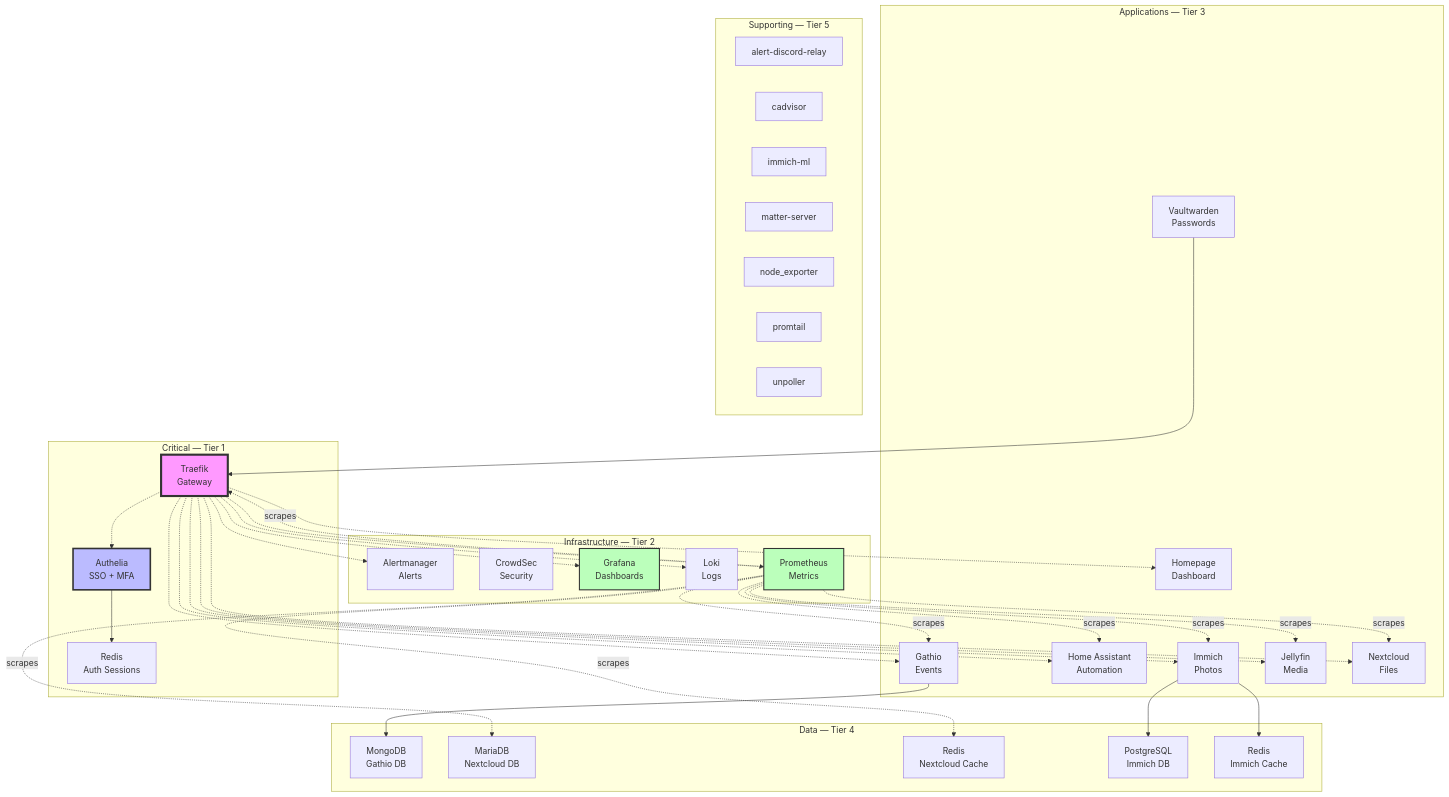
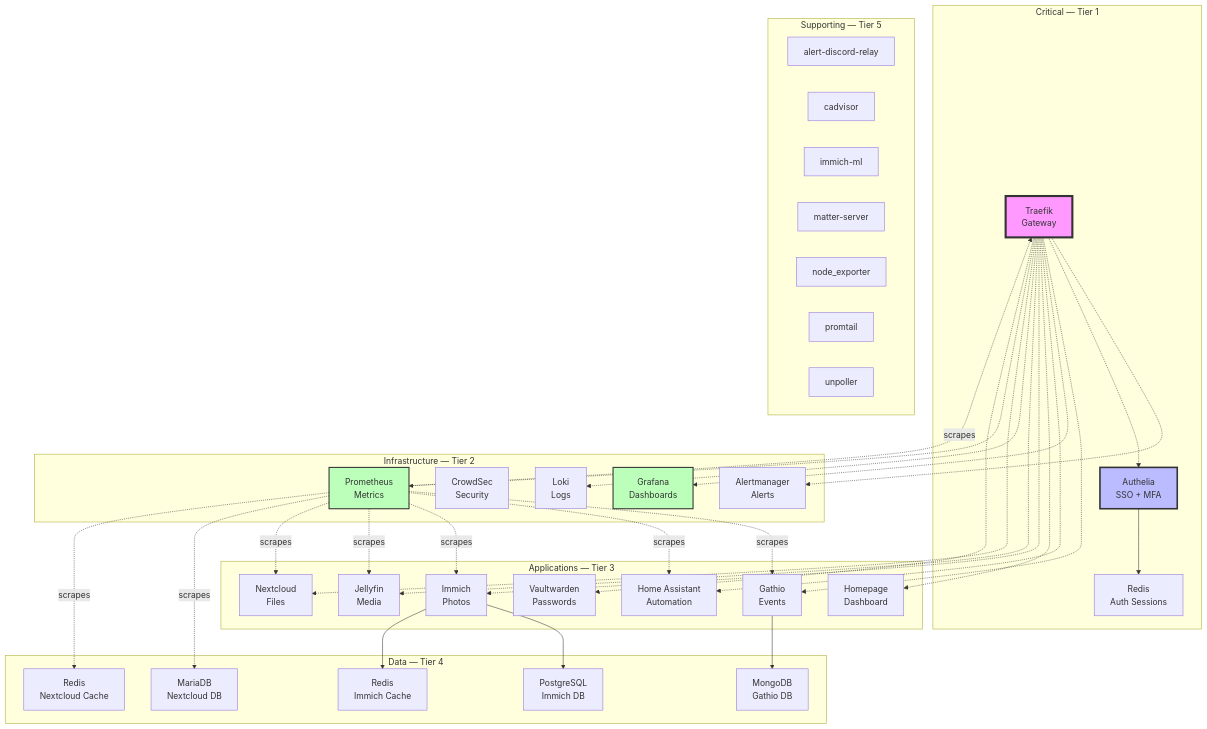
One commit to vonrobak/fedora-homelab-containers changed the diagram in docs/AUTO-DEPENDENCY-GRAPH.md. Above: the diagram before and after it, drawn with Mermaid. The commit also changed other lines of this file and 9 other files, not shown here.

````diff
--- a/docs/AUTO-DEPENDENCY-GRAPH.md
+++ b/docs/AUTO-DEPENDENCY-GRAPH.md
@@ -12,80 +12,80 @@
 ```mermaid
 graph TB
     subgraph Critical[Critical — Tier 1]
         authelia[Authelia<br/>SSO + MFA]
         redis_authelia[Redis<br/>Auth Sessions]
         traefik[Traefik<br/>Gateway]
     end
 
     subgraph Infrastructure[Infrastructure — Tier 2]
         alertmanager[Alertmanager<br/>Alerts]
         crowdsec[CrowdSec<br/>Security]
         grafana[Grafana<br/>Dashboards]
         loki[Loki<br/>Logs]
         prometheus[Prometheus<br/>Metrics]
     end
 
     subgraph Applications[Applications — Tier 3]
         gathio[Gathio<br/>Events]
         home_assistant[Home Assistant<br/>Automation]
         homepage[Homepage<br/>Dashboard]
         immich_server[Immich<br/>Photos]
         jellyfin[Jellyfin<br/>Media]
         nextcloud[Nextcloud<br/>Files]
         vaultwarden[Vaultwarden<br/>Passwords]
     end
 
     subgraph Data[Data — Tier 4]
         gathio_db[MongoDB<br/>Gathio DB]
         nextcloud_db[MariaDB<br/>Nextcloud DB]
         nextcloud_redis[Redis<br/>Nextcloud Cache]
         postgresql_immich[PostgreSQL<br/>Immich DB]
         redis_immich[Redis<br/>Immich Cache]
     end
 
     subgraph Supporting[Supporting — Tier 5]
         alert_discord_relay[alert-discord-relay]
         cadvisor[cadvisor]
         immich_ml[immich-ml]
         matter_server[matter-server]
         node_exporter[node_exporter]
         promtail[promtail]
         unpoller[unpoller]
     end
 
     %% Hard dependencies (from Requires= directives)
     authelia --> redis_authelia
     gathio --> gathio_db
     immich_server --> postgresql_immich
     immich_server --> redis_immich
-    vaultwarden --> traefik
 
     %% Routing dependencies (services in reverse_proxy depend on Traefik)
     traefik -.-> alertmanager
     traefik -.-> authelia
     traefik -.-> gathio
     traefik -.-> grafana
     traefik -.-> home_assistant
     traefik -.-> homepage
     traefik -.-> immich_server
     traefik -.-> jellyfin
     traefik -.-> loki
     traefik -.-> nextcloud
     traefik -.-> prometheus
+    traefik -.-> vaultwarden
 
     %% Monitoring (Prometheus scrapes via monitoring network)
     prometheus -.->|scrapes| gathio
     prometheus -.->|scrapes| home_assistant
     prometheus -.->|scrapes| immich_server
     prometheus -.->|scrapes| jellyfin
     prometheus -.->|scrapes| nextcloud
     prometheus -.->|scrapes| nextcloud_db
     prometheus -.->|scrapes| nextcloud_redis
     prometheus -.->|scrapes| traefik
 
     %% Styling
     style traefik fill:#f9f,stroke:#333,stroke-width:4px
     style authelia fill:#bbf,stroke:#333,stroke-width:3px
     style prometheus fill:#bfb,stroke:#333,stroke-width:2px
     style grafana fill:#bfb,stroke:#333,stroke-width:2px
 ```
````
